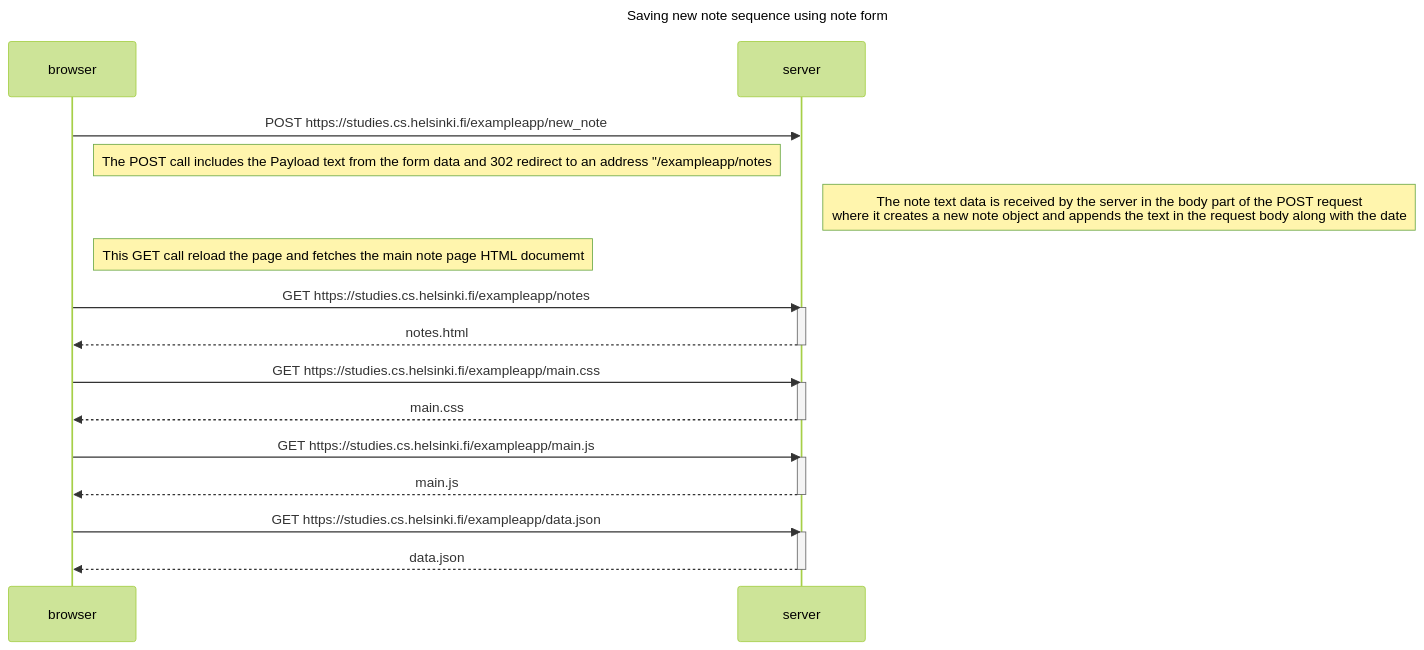
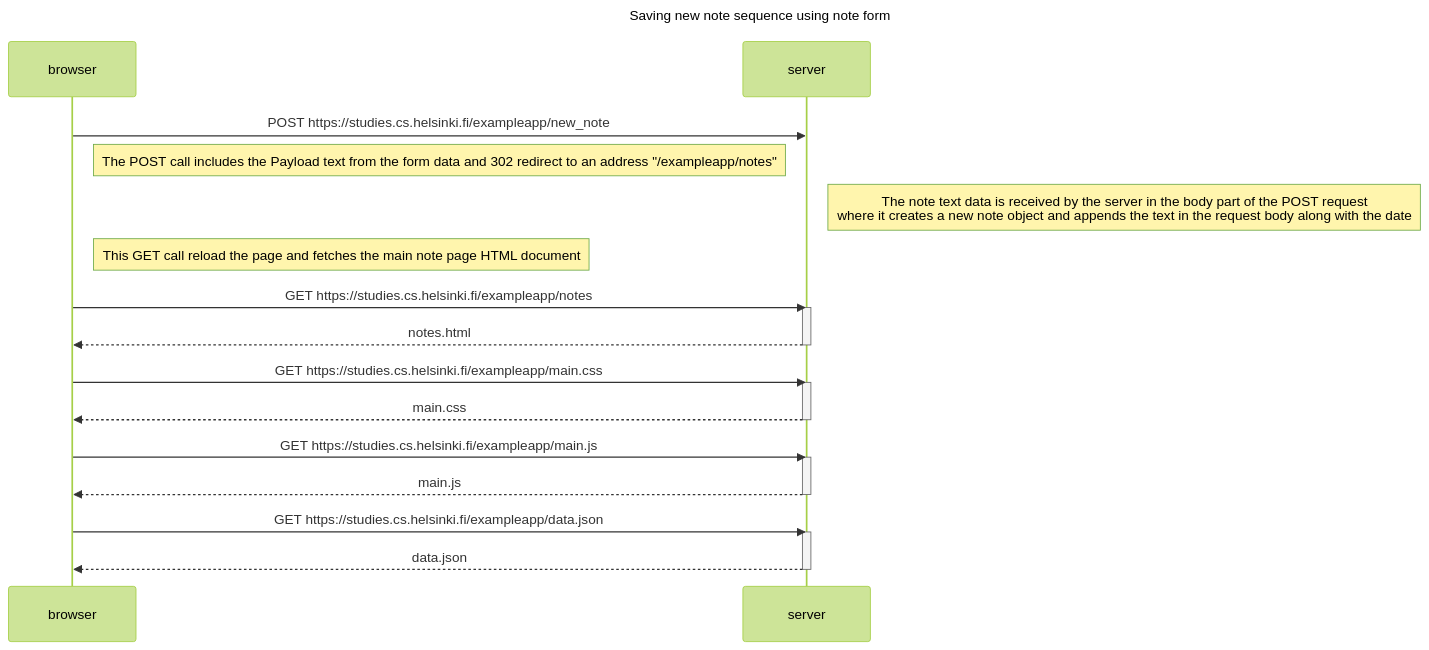
Before and after one commit to R-404/Full_stack_Open: the diagram in part0/0_4_new_note_diagram.md, drawn with Mermaid (forest theme). The commit also changed 2 other files, not shown here.

Commit message:
modify: minor correction / typo

````diff
--- a/part0/0_4_new_note_diagram.md
+++ b/part0/0_4_new_note_diagram.md
@@ -1,35 +1,35 @@
 ```mermaid
 sequenceDiagram
     participant browser
     participant server
 
     title Saving new note sequence using note form
 
     browser->>server: POST https://studies.cs.helsinki.fi/exampleapp/new_note
-    Note right of browser: The POST call includes the Payload text from the form data and 302 redirect to an address "/exampleapp/notes
+    Note right of browser: The POST call includes the Payload text from the form data and 302 redirect to an address "/exampleapp/notes"
 
     Note right of server: The note text data is received by the server in the body part of the POST request <br/> where it creates a new note object and appends the text in the request body along with the date
 
 
-    Note right of browser: This GET call reload the page and fetches the main note page HTML documemt
+    Note right of browser: This GET call reload the page and fetches the main note page HTML document
     
     browser->>server: GET https://studies.cs.helsinki.fi/exampleapp/notes
     activate server
     server-->>browser: notes.html
     deactivate server
 
     browser->>server: GET https://studies.cs.helsinki.fi/exampleapp/main.css
     activate server
     server-->>browser: main.css
     deactivate server
 
     browser->>server: GET https://studies.cs.helsinki.fi/exampleapp/main.js
     activate server
     server-->>browser: main.js
     deactivate server
 
     browser->>server: GET https://studies.cs.helsinki.fi/exampleapp/data.json
     activate server
     server-->>browser: data.json
     deactivate server
 ```
````
